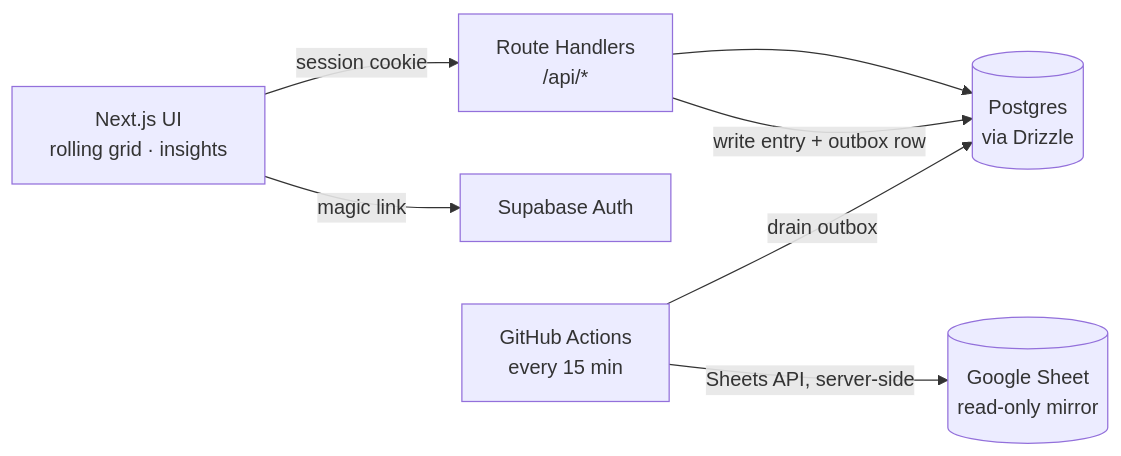
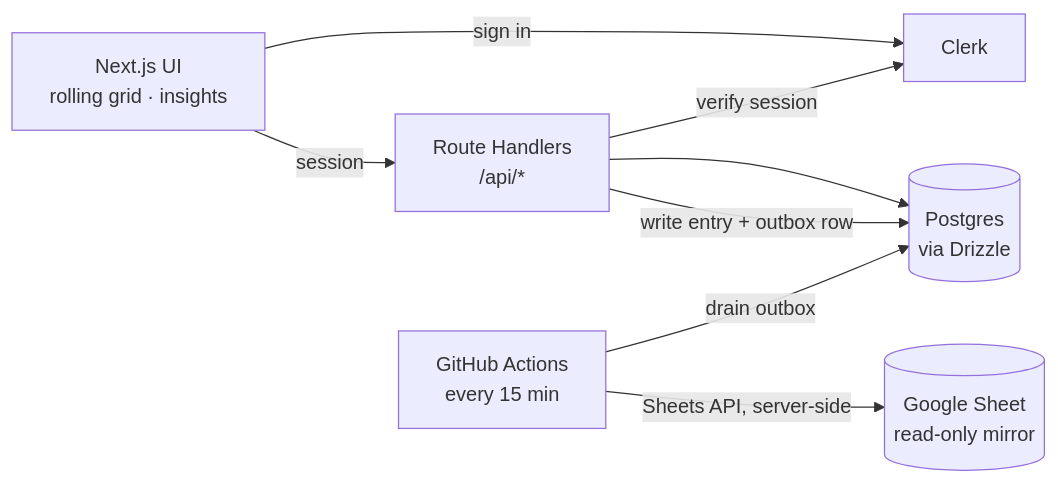
The diagram in README.md (IAbhishekJhaI/TimeJournal-v2), drawn with Mermaid before and after one commit. The commit also changed other lines of this file and 27 other files, not shown here.

Commit message:
Auth migrated to Clerk

````diff
--- a/README.md
+++ b/README.md
@@ -73,9 +74,10 @@
 ```mermaid
 flowchart LR
-    UI["Next.js UI<br/>rolling grid · insights"] -->|session cookie| API["Route Handlers<br/>/api/*"]
-    UI -->|magic link| AUTH["Supabase Auth"]
+    UI["Next.js UI<br/>rolling grid · insights"] -->|session| API["Route Handlers<br/>/api/*"]
+    UI -->|sign in| AUTH["Clerk"]
+    API -->|verify session| AUTH
     API --> PG[("Postgres<br/>via Drizzle")]
     API -->|write entry + outbox row| PG
     CRON["GitHub Actions<br/>every 15 min"] -->|drain outbox| PG
     CRON -->|Sheets API, server-side| SHEET[("Google Sheet<br/>read-only mirror")]
 ```
````
